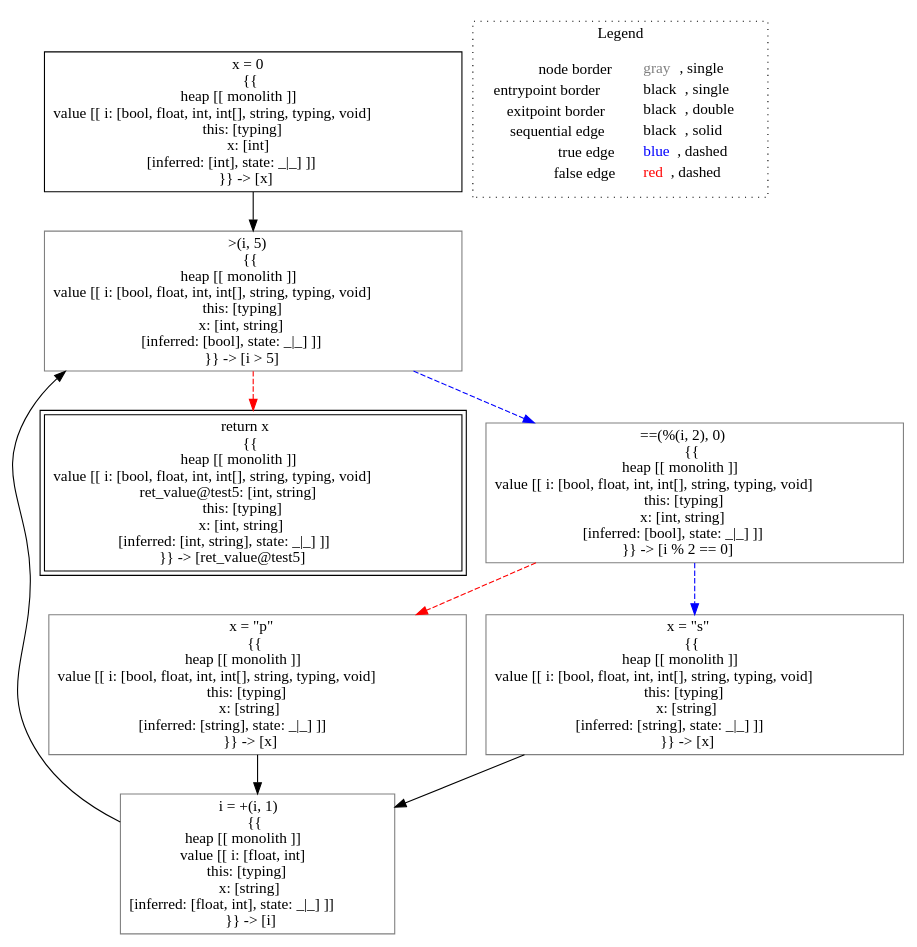
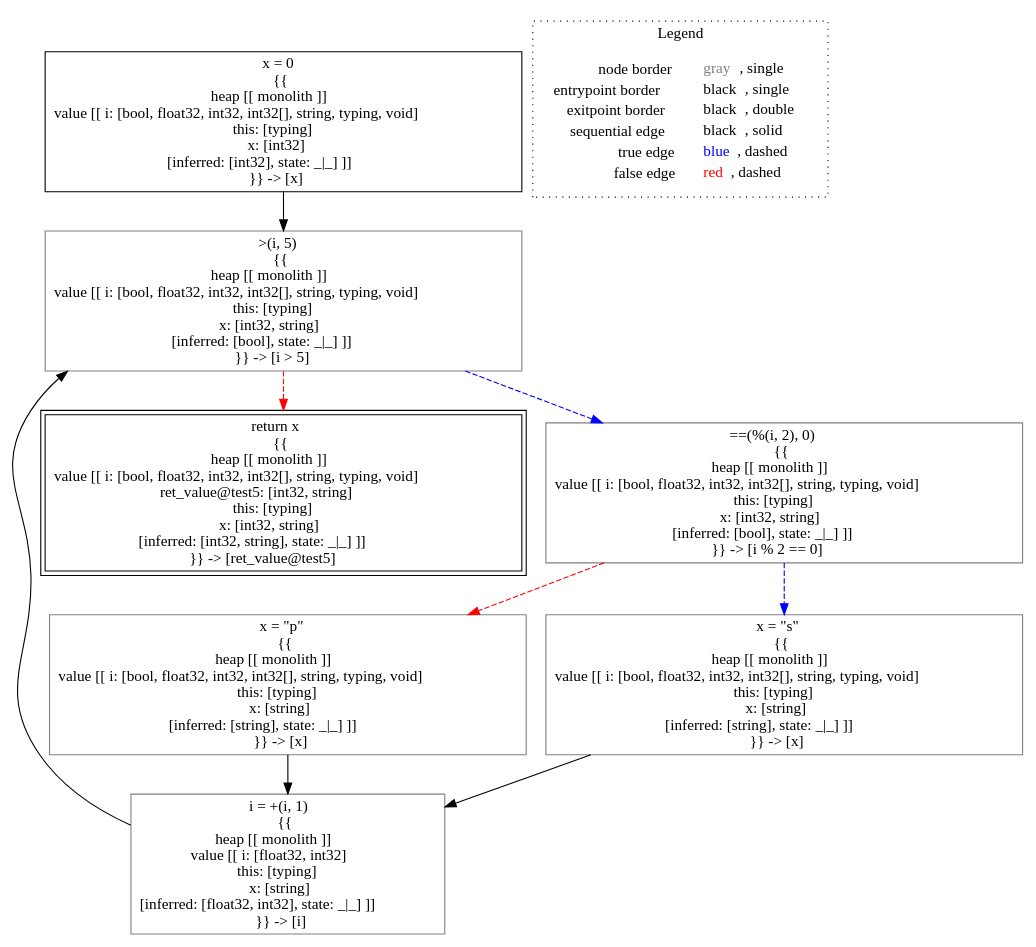
The diagram in lisa/lisa-core/imp-testcases/type-inference/typing___untyped_typing.test5(typing_this,_untyped_i).dot (lisa-analyzer/lisa), drawn with Graphviz before and after one commit. The commit also changed 17 other files, not shown here.

```diff
--- a/lisa/lisa-core/imp-testcases/type-inference/typing___untyped_typing.test5(typing_this,_untyped_i).dot
+++ b/lisa/lisa-core/imp-testcases/type-inference/typing___untyped_typing.test5(typing_this,_untyped_i).dot
@@ -1,24 +1,24 @@
 digraph {
-	"node0" [shape="rect",color="black",label=<x = 0<BR/>{{<BR/>heap [[ monolith ]]<BR/>value [[ i: [bool, float, int, int[], string, typing, void]<BR/>this: [typing]<BR/>x: [int]<BR/>[inferred: [int], state: _|_] ]]<BR/>}} -&gt; [x]>];
-	"node1" [shape="rect",color="gray",label=<i = +(i, 1)<BR/>{{<BR/>heap [[ monolith ]]<BR/>value [[ i: [float, int]<BR/>this: [typing]<BR/>x: [string]<BR/>[inferred: [float, int], state: _|_] ]]<BR/>}} -&gt; [i]>];
-	"node2" [shape="rect",color="gray",label=<x = &quot;p&quot;<BR/>{{<BR/>heap [[ monolith ]]<BR/>value [[ i: [bool, float, int, int[], string, typing, void]<BR/>this: [typing]<BR/>x: [string]<BR/>[inferred: [string], state: _|_] ]]<BR/>}} -&gt; [x]>];
-	"node3" [shape="rect",color="gray",label=<x = &quot;s&quot;<BR/>{{<BR/>heap [[ monolith ]]<BR/>value [[ i: [bool, float, int, int[], string, typing, void]<BR/>this: [typing]<BR/>x: [string]<BR/>[inferred: [string], state: _|_] ]]<BR/>}} -&gt; [x]>];
-	"node4" [shape="rect",color="black",peripheries="2",label=<return x<BR/>{{<BR/>heap [[ monolith ]]<BR/>value [[ i: [bool, float, int, int[], string, typing, void]<BR/>ret_value@test5: [int, string]<BR/>this: [typing]<BR/>x: [int, string]<BR/>[inferred: [int, string], state: _|_] ]]<BR/>}} -&gt; [ret_value@test5]>];
-	"node5" [shape="rect",color="gray",label=<&gt;(i, 5)<BR/>{{<BR/>heap [[ monolith ]]<BR/>value [[ i: [bool, float, int, int[], string, typing, void]<BR/>this: [typing]<BR/>x: [int, string]<BR/>[inferred: [bool], state: _|_] ]]<BR/>}} -&gt; [i &gt; 5]>];
-	"node6" [shape="rect",color="gray",label=<==(%(i, 2), 0)<BR/>{{<BR/>heap [[ monolith ]]<BR/>value [[ i: [bool, float, int, int[], string, typing, void]<BR/>this: [typing]<BR/>x: [int, string]<BR/>[inferred: [bool], state: _|_] ]]<BR/>}} -&gt; [i % 2 == 0]>];
+	"node0" [shape="rect",color="black",label=<x = 0<BR/>{{<BR/>heap [[ monolith ]]<BR/>value [[ i: [bool, float32, int32, int32[], string, typing, void]<BR/>this: [typing]<BR/>x: [int32]<BR/>[inferred: [int32], state: _|_] ]]<BR/>}} -&gt; [x]>];
+	"node1" [shape="rect",color="gray",label=<i = +(i, 1)<BR/>{{<BR/>heap [[ monolith ]]<BR/>value [[ i: [float32, int32]<BR/>this: [typing]<BR/>x: [string]<BR/>[inferred: [float32, int32], state: _|_] ]]<BR/>}} -&gt; [i]>];
+	"node2" [shape="rect",color="gray",label=<x = &quot;p&quot;<BR/>{{<BR/>heap [[ monolith ]]<BR/>value [[ i: [bool, float32, int32, int32[], string, typing, void]<BR/>this: [typing]<BR/>x: [string]<BR/>[inferred: [string], state: _|_] ]]<BR/>}} -&gt; [x]>];
+	"node3" [shape="rect",color="gray",label=<x = &quot;s&quot;<BR/>{{<BR/>heap [[ monolith ]]<BR/>value [[ i: [bool, float32, int32, int32[], string, typing, void]<BR/>this: [typing]<BR/>x: [string]<BR/>[inferred: [string], state: _|_] ]]<BR/>}} -&gt; [x]>];
+	"node4" [shape="rect",color="black",peripheries="2",label=<return x<BR/>{{<BR/>heap [[ monolith ]]<BR/>value [[ i: [bool, float32, int32, int32[], string, typing, void]<BR/>ret_value@test5: [int32, string]<BR/>this: [typing]<BR/>x: [int32, string]<BR/>[inferred: [int32, string], state: _|_] ]]<BR/>}} -&gt; [ret_value@test5]>];
+	"node5" [shape="rect",color="gray",label=<&gt;(i, 5)<BR/>{{<BR/>heap [[ monolith ]]<BR/>value [[ i: [bool, float32, int32, int32[], string, typing, void]<BR/>this: [typing]<BR/>x: [int32, string]<BR/>[inferred: [bool], state: _|_] ]]<BR/>}} -&gt; [i &gt; 5]>];
+	"node6" [shape="rect",color="gray",label=<==(%(i, 2), 0)<BR/>{{<BR/>heap [[ monolith ]]<BR/>value [[ i: [bool, float32, int32, int32[], string, typing, void]<BR/>this: [typing]<BR/>x: [int32, string]<BR/>[inferred: [bool], state: _|_] ]]<BR/>}} -&gt; [i % 2 == 0]>];
 	"node1" -> "node5" [color="black"];
 	"node2" -> "node1" [color="black"];
 	"node3" -> "node1" [color="black"];
 	"node0" -> "node5" [color="black"];
 	"node5" -> "node4" [color="red",style="dashed"];
 	"node5" -> "node6" [color="blue",style="dashed"];
 	"node6" -> "node2" [color="red",style="dashed"];
 	"node6" -> "node3" [color="blue",style="dashed"];
 subgraph cluster_legend {
 	label="Legend";
 	style=dotted;
 	node [shape=plaintext];
 	"legend" [label=<<table border="0" cellpadding="2" cellspacing="0" cellborder="0"><tr><td align="right">node border&nbsp;</td><td align="left"><font color="gray">gray</font>, single</td></tr><tr><td align="right">entrypoint border&nbsp;</td><td align="left"><font color="black">black</font>, single</td></tr><tr><td align="right">exitpoint border&nbsp;</td><td align="left"><font color="black">black</font>, double</td></tr><tr><td align="right">sequential edge&nbsp;</td><td align="left"><font color="black">black</font>, solid</td></tr><tr><td align="right">true edge&nbsp;</td><td align="left"><font color="blue">blue</font>, dashed</td></tr><tr><td align="right">false edge&nbsp;</td><td align="left"><font color="red">red</font>, dashed</td></tr></table>>];
 }
 
 }
```
